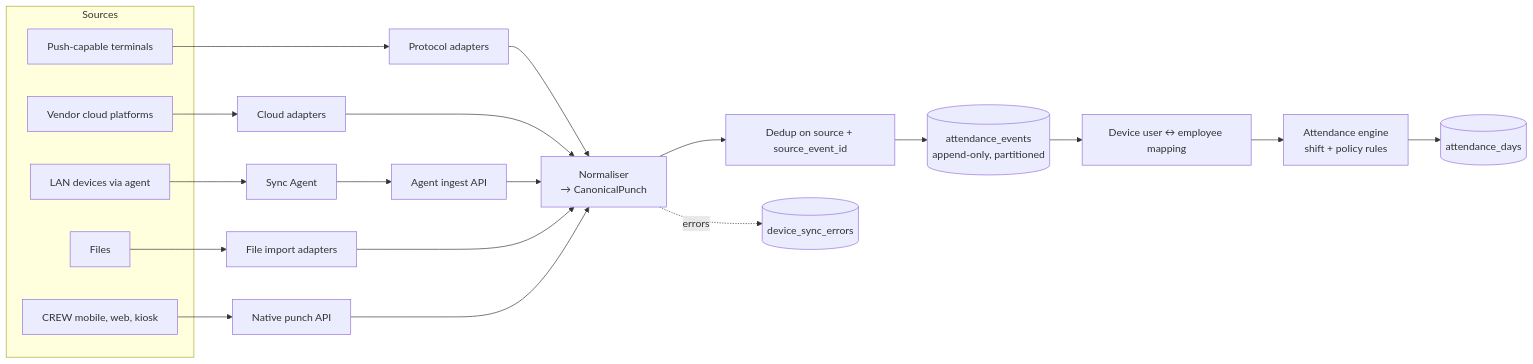
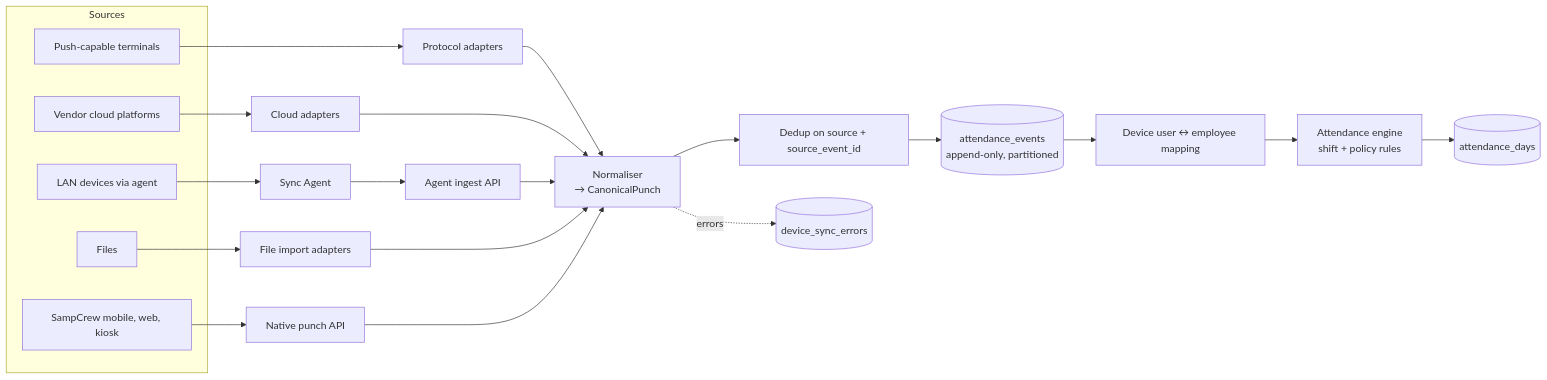
The diagram in docs/architecture/09-attendance-hardware.md (kunalsharma-ai/SampCrew), drawn with Mermaid before and after one commit. The commit also changed other lines of this file and 242 other files, not shown here.

First line of the commit message:
Rebrand CREW to SampCrew: new logo, icons, app name and on-screen text

````diff
--- a/docs/architecture/09-attendance-hardware.md
+++ b/docs/architecture/09-attendance-hardware.md
@@ -22,22 +22,22 @@
 ```mermaid
 flowchart LR
   subgraph Sources
     D1[Push-capable terminals]
     D2[Vendor cloud platforms]
     D3[LAN devices via agent]
     D4[Files]
-    D5[CREW mobile, web, kiosk]
+    D5[SampCrew mobile, web, kiosk]
   end
   D1 --> PA[Protocol adapters]
   D2 --> CA[Cloud adapters]
   D3 --> AG[Sync Agent] --> AA[Agent ingest API]
   D4 --> FI[File import adapters]
   D5 --> NA[Native punch API]
   PA & CA & AA & FI & NA --> N[Normaliser<br/>→ CanonicalPunch]
   N --> DEDUP[Dedup on source + source_event_id]
   DEDUP --> RAW[(attendance_events<br/>append-only, partitioned)]
   RAW --> MAP[Device user ↔ employee mapping]
   MAP --> ENG[Attendance engine<br/>shift + policy rules]
   ENG --> DAYS[(attendance_days)]
   N -.errors.-> ERR[(device_sync_errors)]
 ```
````
